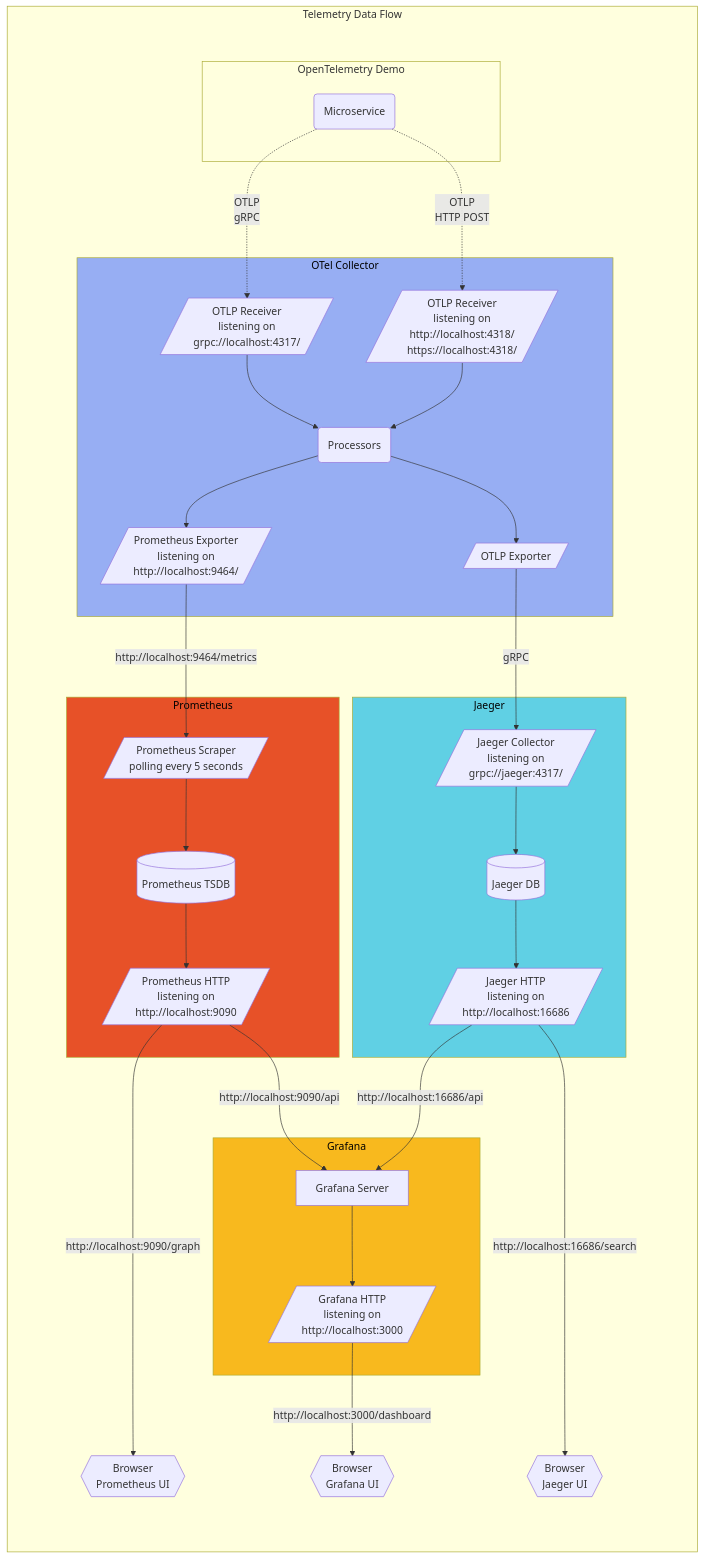
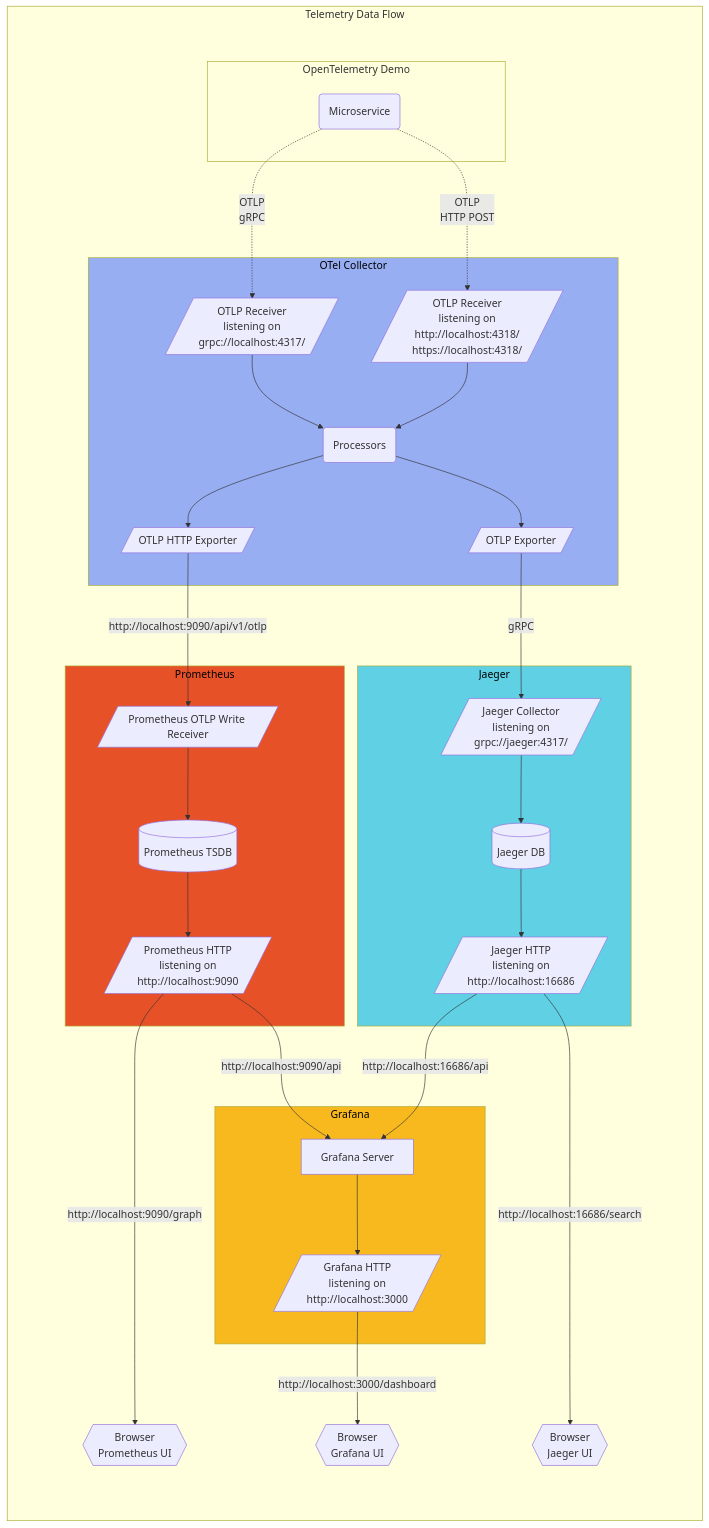
Before and after one commit to open-telemetry/opentelemetry.io: the third of 3 diagrams in content/en/docs/demo/architecture.md, drawn with Mermaid.

Commit message:
(demo): use prometheus - otlp write receiver (#3331)

````diff
--- a/content/en/docs/demo/architecture.md
+++ b/content/en/docs/demo/architecture.md
@@ -129,73 +129,73 @@
 ```mermaid
 graph TB
 subgraph tdf[Telemetry Data Flow]
     subgraph subgraph_padding [ ]
         style subgraph_padding fill:none,stroke:none;
         %% padding to stop the titles clashing
         subgraph od[OpenTelemetry Demo]
         ms(Microservice)
         end
 
         ms -.->|"OTLP<br/>gRPC"| oc-grpc
         ms -.->|"OTLP<br/>HTTP POST"| oc-http
 
         subgraph oc[OTel Collector]
             style oc fill:#97aef3,color:black;
             oc-grpc[/"OTLP Receiver<br/>listening on<br/>grpc://localhost:4317/"/]
             oc-http[/"OTLP Receiver<br/>listening on <br/>http://localhost:4318/<br/>https://localhost:4318/"/]
             oc-proc(Processors)
-            oc-prom[/"Prometheus Exporter<br/>listening on<br/>http://localhost:9464/"/]
+            oc-prom[/"OTLP HTTP Exporter"/]
             oc-otlp[/"OTLP Exporter"/]
 
             oc-grpc --> oc-proc
             oc-http --> oc-proc
 
             oc-proc --> oc-prom
             oc-proc --> oc-otlp
         end
 
-        oc-prom -->|"http://localhost:9464/metrics"| pr-sc
+        oc-prom -->|"http://localhost:9090/api/v1/otlp"| pr-sc
         oc-otlp -->|gRPC| ja-col
 
         subgraph pr[Prometheus]
             style pr fill:#e75128,color:black;
-            pr-sc[/"Prometheus Scraper<br/>polling every 5 seconds"/]
+            pr-sc[/"Prometheus OTLP Write Receiver"/]
             pr-tsdb[(Prometheus TSDB)]
             pr-http[/"Prometheus HTTP<br/>listening on<br/>http://localhost:9090"/]
 
             pr-sc --> pr-tsdb
             pr-tsdb --> pr-http
         end
 
         pr-b{{"Browser<br/>Prometheus UI"}}
         pr-http ---->|"http://localhost:9090/graph"| pr-b
 
         subgraph ja[Jaeger]
             style ja fill:#60d0e4,color:black;
             ja-col[/"Jaeger Collector<br/>listening on<br/>grpc://jaeger:4317/"/]
             ja-db[(Jaeger DB)]
             ja-http[/"Jaeger HTTP<br/>listening on<br/>http://localhost:16686"/]
 
             ja-col --> ja-db
             ja-db --> ja-http
         end
 
         subgraph gr[Grafana]
             style gr fill:#f8b91e,color:black;
             gr-srv["Grafana Server"]
             gr-http[/"Grafana HTTP<br/>listening on<br/>http://localhost:3000"/]
 
             gr-srv --> gr-http
         end
 
         pr-http --> |"http://localhost:9090/api"| gr-srv
         ja-http --> |"http://localhost:16686/api"| gr-srv
 
         ja-b{{"Browser<br/>Jaeger UI"}}
         ja-http ---->|"http://localhost:16686/search"| ja-b
 
         gr-b{{"Browser<br/>Grafana UI"}}
         gr-http -->|"http://localhost:3000/dashboard"| gr-b
     end
 end
 ```
````
